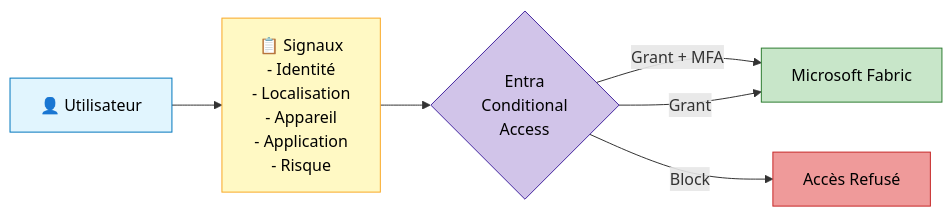
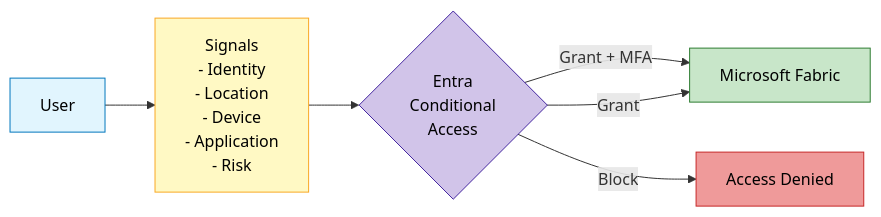
One commit to fredgis/fabric-foundry-kb changed the third of 12 diagrams in Fabric_Network_Security.md. Above: the diagram before and after it, drawn with Mermaid. The commit also changed other lines of this file and 2 other files, not shown here.

````diff
--- a/Fabric_Network_Security.md
+++ b/Fabric_Network_Security.md
@@ -160,14 +160,14 @@
 ```mermaid
 flowchart LR
-    User["👤 Utilisateur"] --> Signals["📋 Signaux\n- Identité\n- Localisation\n- Appareil\n- Application\n- Risque"]
+    User["User"] --> Signals["Signals\n- Identity\n- Location\n- Device\n- Application\n- Risk"]
     Signals --> Decision{"Entra\nConditional\nAccess"}
     Decision -->|Grant + MFA| Fabric["Microsoft Fabric"]
     Decision -->|Grant| Fabric
-    Decision -->|Block| Blocked["Accès Refusé"]
+    Decision -->|Block| Blocked["Access Denied"]
 
     style User fill:#e1f5fe,stroke:#0277bd,color:#000
     style Signals fill:#fff9c4,stroke:#f9a825,color:#000
     style Decision fill:#d1c4e9,stroke:#4527a0,color:#000
     style Fabric fill:#c8e6c9,stroke:#2e7d32,color:#000
     style Blocked fill:#ef9a9a,stroke:#c62828,color:#000
 ```
````
